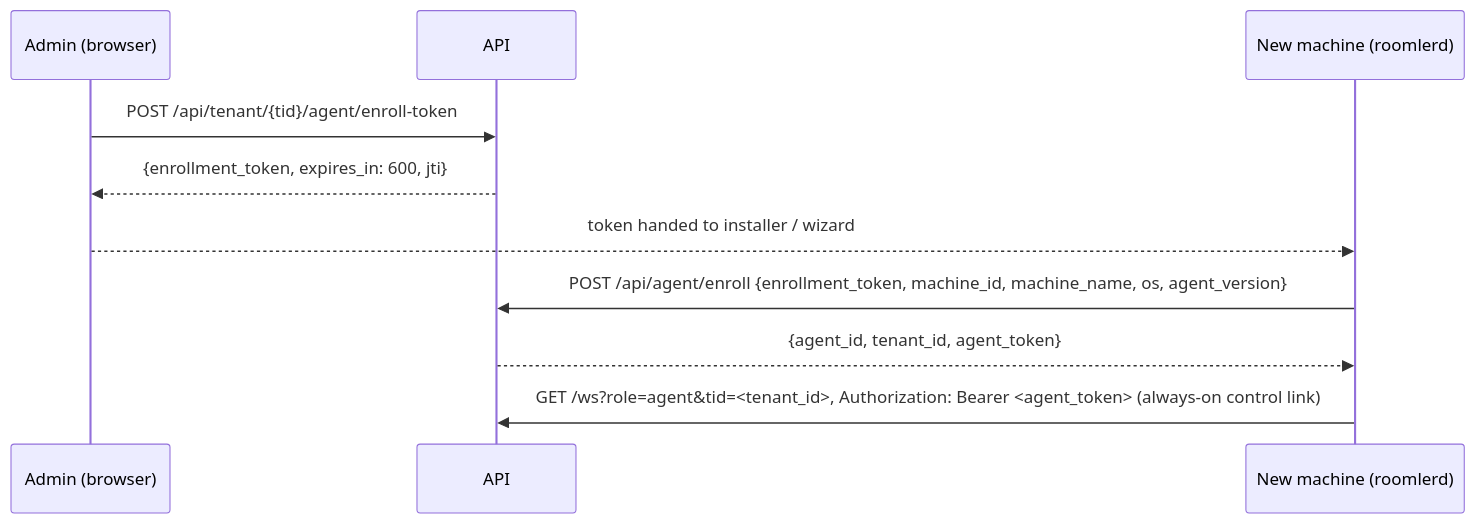
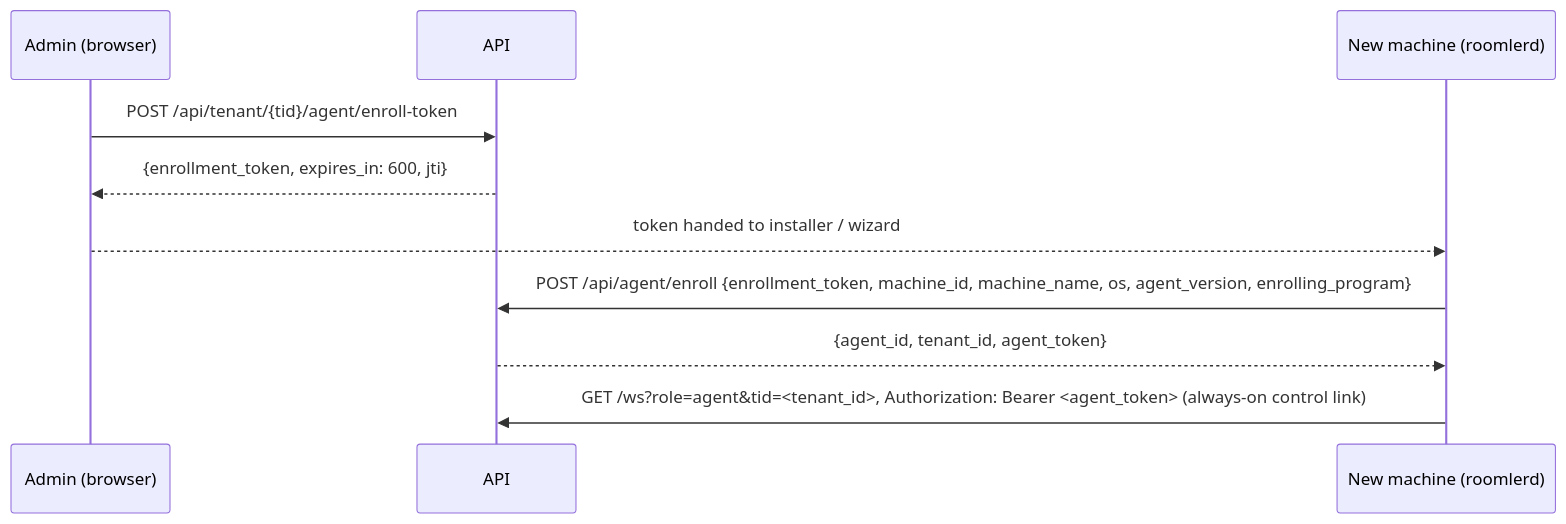
The second of 3 diagrams in docs/api.md (gjovanov/roomler-ai), drawn with Mermaid before and after one commit. The commit also changed other lines of this file and 1 other file, not shown here.

First line of the commit message:
docs: a device row's version is its daemon's own, and the enrolling program (#3565)

````diff
--- a/docs/api.md
+++ b/docs/api.md
@@ -58,13 +58,13 @@
 ```mermaid
 sequenceDiagram
     participant A as Admin (browser)
     participant S as API
     participant D as New machine (roomlerd)
 
     A->>S: POST /api/tenant/{tid}/agent/enroll-token
     S-->>A: {enrollment_token, expires_in: 600, jti}
     A-->>D: token handed to installer / wizard
-    D->>S: POST /api/agent/enroll {enrollment_token, machine_id, machine_name, os, agent_version}
+    D->>S: POST /api/agent/enroll {enrollment_token, machine_id, machine_name, os, agent_version, enrolling_program}
     S-->>D: {agent_id, tenant_id, agent_token}
     D->>S: GET /ws?role=agent&tid=<tenant_id>, Authorization: Bearer <agent_token>  (always-on control link)
 ```
````
